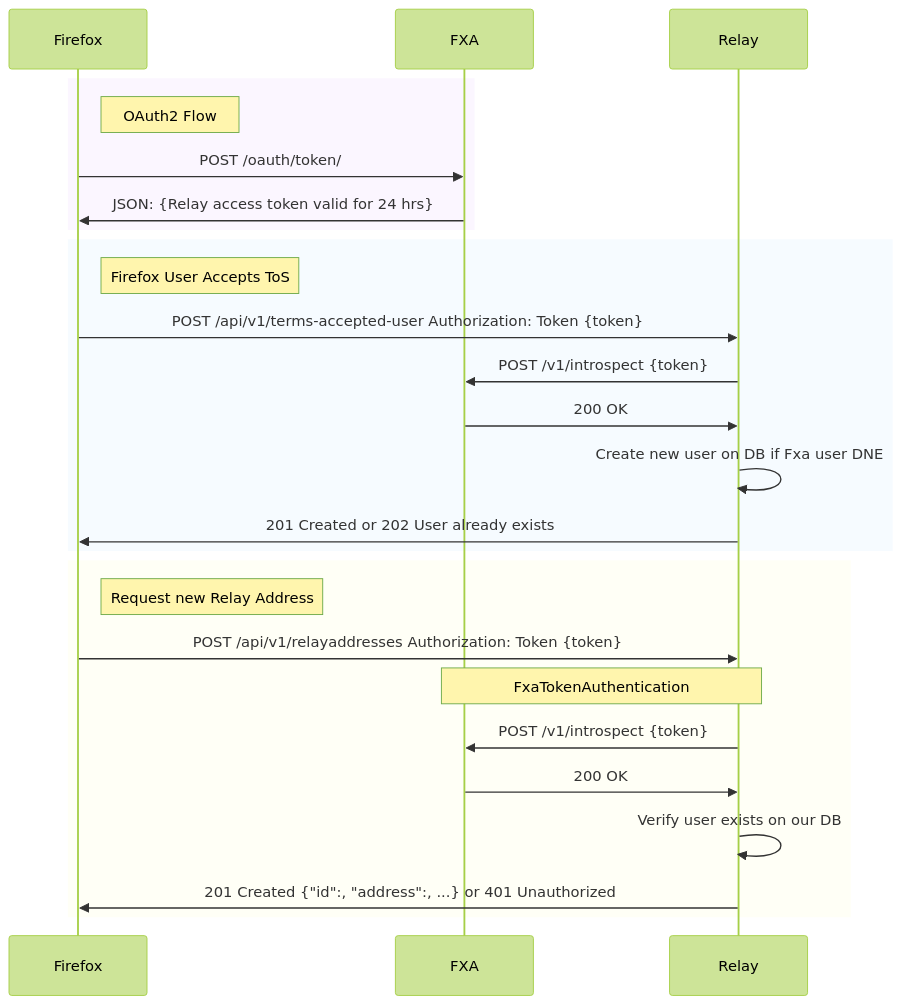
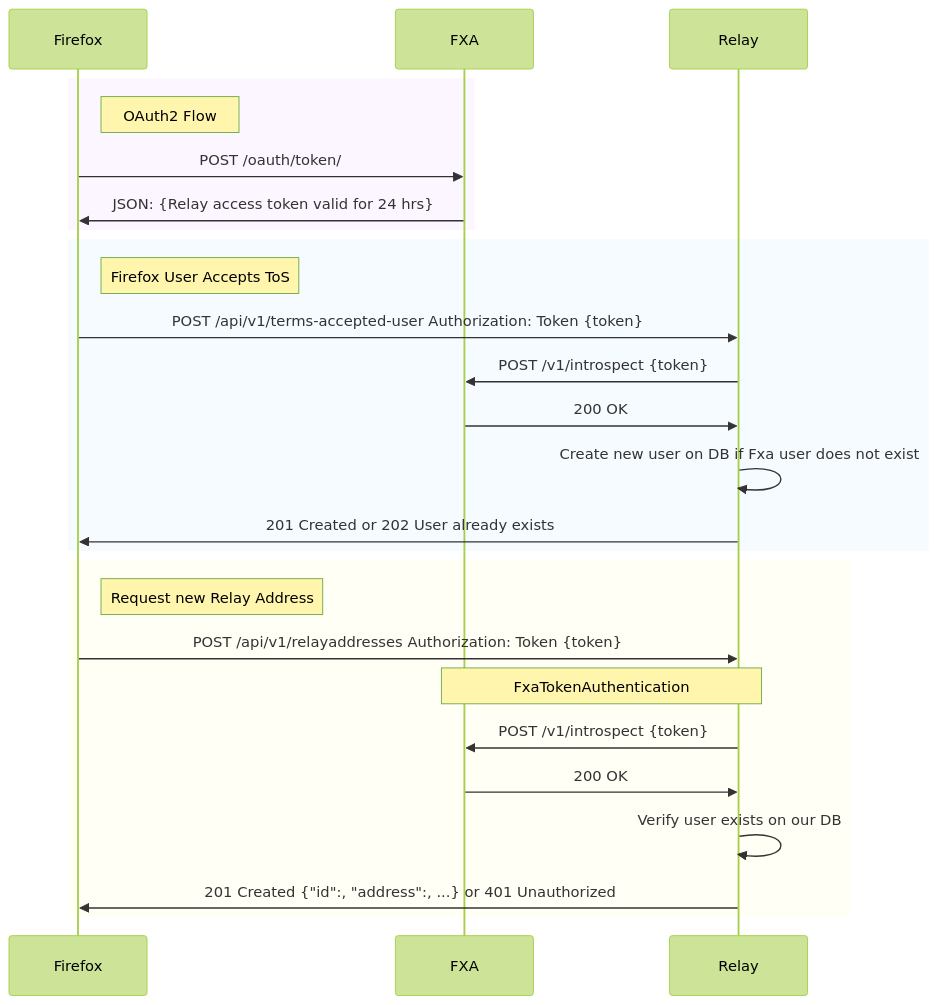
The second of 2 diagrams in docs/api_auth.md (mozilla/fx-private-relay), drawn with Mermaid (forest theme) before and after one commit. The commit also changed 22 other files, not shown here.

````diff
--- a/docs/api_auth.md
+++ b/docs/api_auth.md
@@ -55,29 +55,29 @@
 ```mermaid
 sequenceDiagram
     participant Firefox
     participant FXA
     participant Relay
 
     rect rgba(204, 153, 255, .09)
     note right of Firefox: OAuth2 Flow
     Firefox->>FXA: POST /oauth/token/
     FXA->>Firefox: JSON: {Relay access token valid for 24 hrs}
     end
     rect rgba(153, 204, 255, .09)
     note right of Firefox: Firefox User Accepts ToS
     Firefox->>Relay: POST /api/v1/terms-accepted-user Authorization: Token {token}
     Relay->>FXA: POST /v1/introspect {token}
     FXA->>Relay: 200 OK
-    Relay->>Relay: Create new user on DB if Fxa user DNE
+    Relay->>Relay: Create new user on DB if Fxa user does not exist
     Relay->>Firefox: 201 Created or 202 User already exists
     end
     rect rgba(255, 255, 153, .09)
     note right of Firefox: Request new Relay Address
     Firefox->>Relay: POST /api/v1/relayaddresses Authorization: Token {token}
     Note over Relay,FXA: FxaTokenAuthentication
     Relay->>FXA: POST /v1/introspect {token}
     FXA->>Relay: 200 OK
     Relay->>Relay: Verify user exists on our DB
     Relay->>Firefox: 201 Created {"id":, "address":, ...} or 401 Unauthorized
     end
 ```
````
